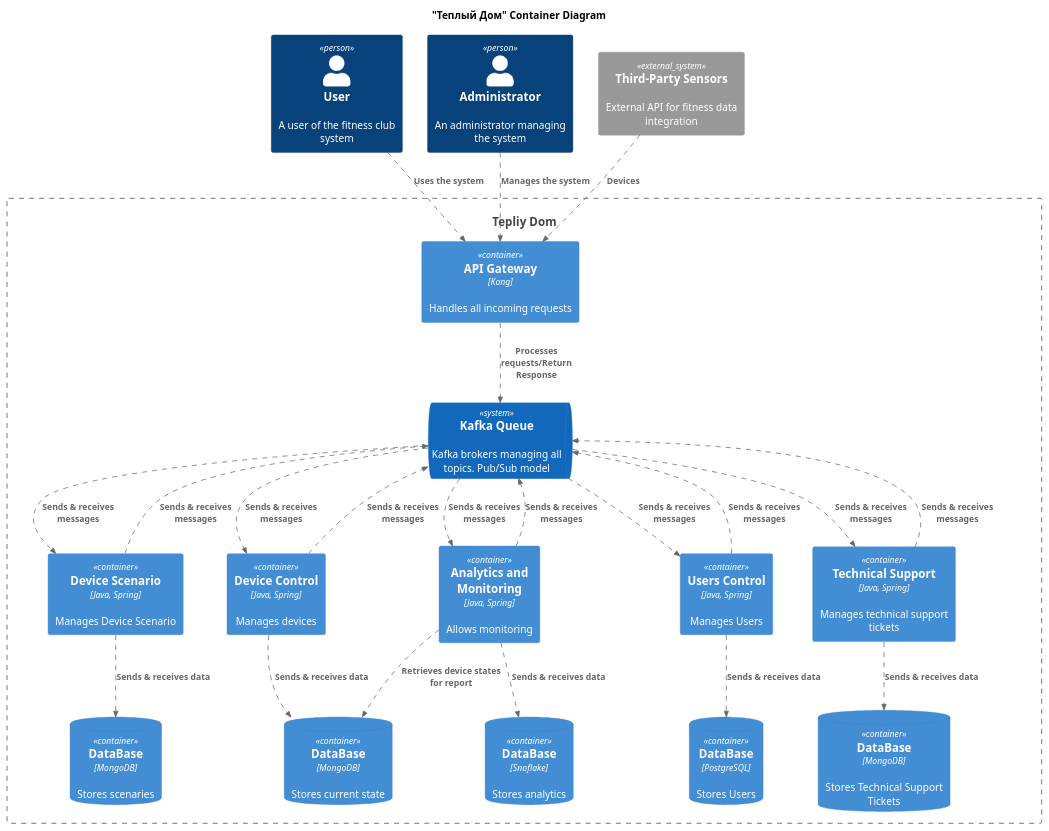
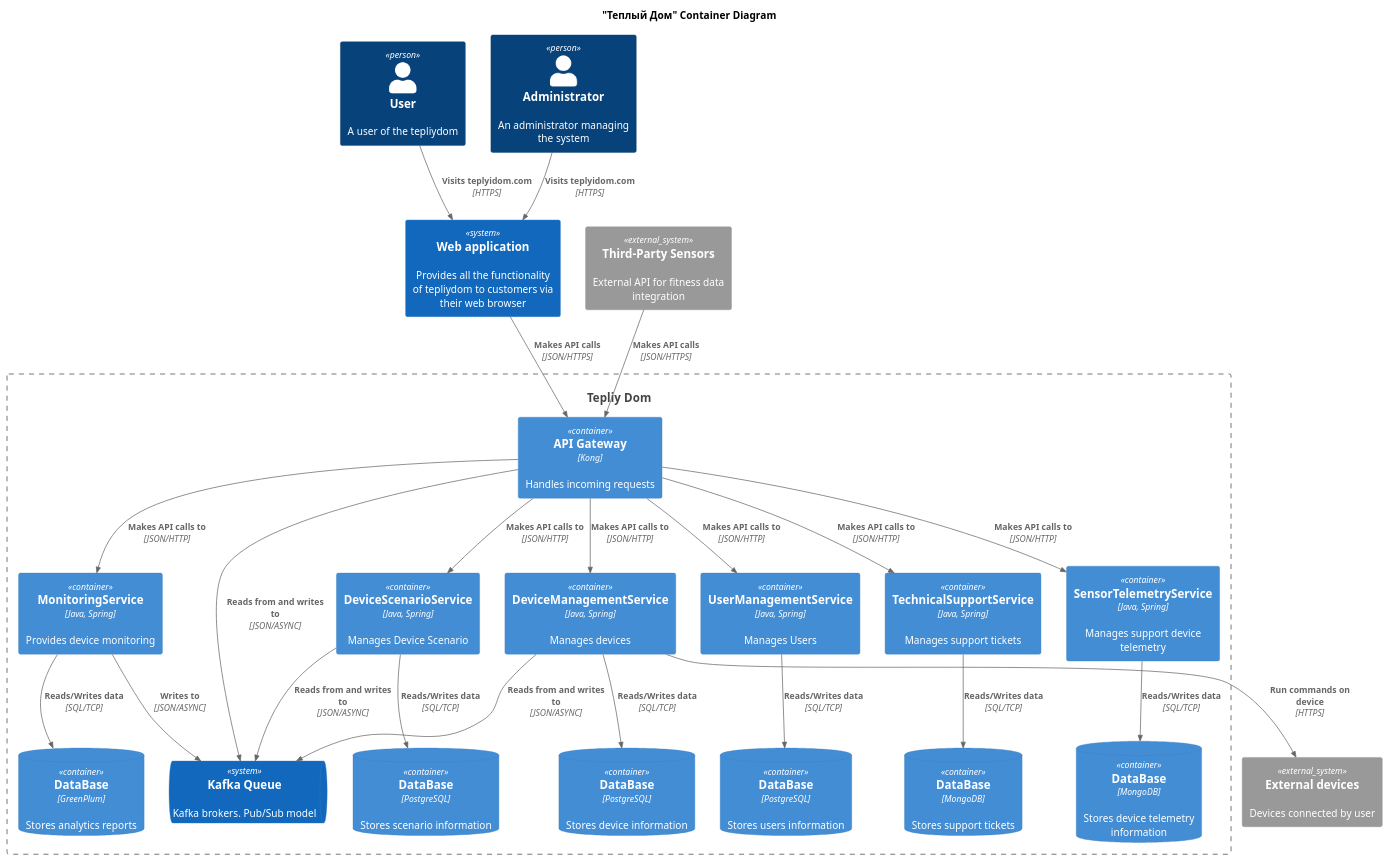
The diagram in C4_Container.puml (timurkartaev/architecture-sprint-3), drawn with PlantUML before and after one commit. The commit also changed 4 other files, not shown here.

```diff
--- a/C4_Container.puml
+++ b/C4_Container.puml
@@ -1,66 +1,64 @@
 @startuml
 title "Теплый Дом" Container Diagram
 
 top to bottom direction
 
 !includeurl https://raw.githubusercontent.com/RicardoNiepel/C4-PlantUML/master/C4_Component.puml
 
-AddRelTag("dashedLine", $lineStyle = DashedLine())
+Person(user, "User", "A user of the tepliydom")
+Person(admin, "Administrator", "An administrator managing the system")
 
-Person(user, "User", "A user of the fitness club system")
-Person(admin, "Administrator", "An administrator managing the system")
-System(TepliyDom, "Tepliy Dom", "")
+System(TepliyDom, "Tepliy Dom")
+System(webApp, "Web application", "Provides all the functionality of tepliydom to customers via  their web browser")
 
-Container_Boundary(TepliyDom, "FitLife System") {
-  Container(ApiGateway, "API Gateway", "Kong", "Handles all incoming requests")
-  SystemQueue(Queue, "Kafka Queue", "Kafka brokers managing all topics. Pub/Sub model")
+System_Ext(externalDevices, "External devices", "Devices connected by user")
+System_Ext(SmartDevices, "Third-Party Sensors", "External API for fitness data integration")
 
-  Container(DeviceManagement, "Device Control", "Java, Spring", "Manages devices")
-  Container(DeviceScenario, "Device Scenario", "Java, Spring", "Manages Device Scenario")
-  Container(Monitoring, "Analytics and Monitoring", "Java, Spring", "Allows monitoring")
-  Container(UsersManagement, "Users Control", "Java, Spring", "Manages Users")
-  Container(TechSupport, "Technical Support", "Java, Spring", "Manages technical support tickets")
+Container_Boundary(TepliyDom, "") {
+  Container(ApiGateway, "API Gateway", "Kong", "Handles incoming requests")
+  SystemQueue(Queue, "Kafka Queue", "Kafka brokers. Pub/Sub model")
 
-  ContainerDb(DeviceManagementDataBase, "DataBase", "MongoDB", "Stores current state")
-  ContainerDb(DeviceScenarioDataBase, "DataBase", "MongoDB", "Stores scenaries")
-  ContainerDb(MonitoringDataBase, "DataBase", "Snoflake", "Stores analytics")
-  ContainerDb(UsersManagementDataBase, "DataBase", "PostgreSQL", "Stores Users")
-  ContainerDb(TechSupportDataBase, "DataBase", "MongoDB", "Stores Technical Support Tickets")
+  Container(DeviceManagement, "DeviceManagementService", "Java, Spring", "Manages devices")
+  Container(DeviceScenario, "DeviceScenarioService", "Java, Spring", "Manages Device Scenario")
+  Container(Monitoring, "MonitoringService", "Java, Spring", "Provides device monitoring")
+  Container(UsersManagement, "UserManagementService", "Java, Spring", "Manages Users")
+  Container(TechSupport, "TechnicalSupportService", "Java, Spring", "Manages support tickets")
+  Container(SensorTelemetryService, "SensorTelemetryService", "Java, Spring", "Manages support device telemetry")
+
+  ContainerDb(DeviceManagementDataBase, "DataBase", "PostgreSQL", "Stores device information")
+  ContainerDb(DeviceScenarioDataBase, "DataBase", "PostgreSQL", "Stores scenario information")
+  ContainerDb(MonitoringDataBase, "DataBase", "GreenPlum", "Stores analytics reports")
+  ContainerDb(UsersManagementDataBase, "DataBase", "PostgreSQL", "Stores users information")
+  ContainerDb(TechSupportDataBase, "DataBase", "MongoDB", "Stores support tickets")
+  ContainerDb(SensorTelemetryServiceDatabase, "DataBase", "MongoDB", "Stores device telemetry information")
 }
 
-System_Ext(SmartDevices, "Third-Party Sensors", "External API for fitness data integration")
 
-Rel(user, ApiGateway, "Uses the system", $tags="dashedLine")
-Rel(admin, ApiGateway, "Manages the system", $tags="dashedLine")
-Rel(SmartDevices, ApiGateway, "Devices", $tags="dashedLine")
+Rel(user, webApp, "Visits teplyidom.com", "HTTPS")
+Rel(admin, webApp, "Visits teplyidom.com", "HTTPS")
+Rel(SmartDevices, ApiGateway, "Makes API calls", "JSON/HTTPS")
+Rel(webApp, ApiGateway, "Makes API calls", "JSON/HTTPS")
 
-Rel(ApiGateway, Queue, "Processes requests/Return Response", $tags="dashedLine")
+Rel(ApiGateway, Queue, "Reads from and writes to", "JSON/ASYNC")
+Rel(ApiGateway, DeviceManagement, "Makes API calls to", "JSON/HTTP")
+Rel(ApiGateway, DeviceScenario, "Makes API calls to", "JSON/HTTP")
+Rel(ApiGateway, UsersManagement, "Makes API calls to", "JSON/HTTP")
+Rel(ApiGateway, Monitoring, "Makes API calls to", "JSON/HTTP")
+Rel(ApiGateway, TechSupport, "Makes API calls to", "JSON/HTTP")
+Rel(ApiGateway, SensorTelemetryService, "Makes API calls to", "JSON/HTTP")
 
-Rel(Queue, DeviceManagement, "Sends & receives messages", $tags="dashedLine")
-Rel(DeviceManagement, Queue, "Sends & receives messages", $tags="dashedLine")
+Rel(DeviceManagement, Queue, "Reads from and writes to", "JSON/ASYNC")
+Rel(DeviceScenario, Queue, "Reads from and writes to", "JSON/ASYNC")
+Rel(Monitoring, Queue, "Writes to", "JSON/ASYNC")
 
-Rel(Queue, DeviceScenario, "Sends & receives messages", $tags="dashedLine")
-Rel(DeviceScenario, Queue, "Sends & receives messages", $tags="dashedLine")
+Rel(DeviceManagement, DeviceManagementDataBase, "Reads/Writes data", "SQL/TCP")
+Rel(DeviceScenario, DeviceScenarioDataBase, "Reads/Writes data", "SQL/TCP")
 
-Rel(Queue, Monitoring, "Sends & receives messages", $tags="dashedLine")
-Rel(Monitoring, Queue, "Sends & receives messages", $tags="dashedLine")
-Rel(Monitoring, DeviceManagementDataBase, "Retrieves device states for report", $tags="dashedLine")
+Rel(DeviceManagement, externalDevices, "Run commands on device", "HTTPS")
 
-Rel(Queue, UsersManagement, "Sends & receives messages", $tags="dashedLine")
-Rel(UsersManagement, Queue, "Sends & receives messages", $tags="dashedLine")
+Rel(UsersManagement, UsersManagementDataBase, "Reads/Writes data", "SQL/TCP")
+Rel(Monitoring, MonitoringDataBase, "Reads/Writes data", "SQL/TCP")
 
-Rel(Queue, TechSupport, "Sends & receives messages", $tags="dashedLine")
-Rel(TechSupport, Queue, "Sends & receives messages", $tags="dashedLine")
-
-
-Rel(DeviceManagement, DeviceManagementDataBase, "Sends & receives data", $tags="dashedLine")
-Rel(DeviceScenario, DeviceScenarioDataBase, "Sends & receives data", $tags="dashedLine")
-
-Rel(Monitoring, MonitoringDataBase, "Sends & receives data", $tags="dashedLine")
-
-Rel(UsersManagement, UsersManagementDataBase, "Sends & receives data", $tags="dashedLine")
-
-Rel(TechSupport, TechSupportDataBase, "Sends & receives data", $tags="dashedLine")
-
-
+Rel(TechSupport, TechSupportDataBase, "Reads/Writes data", "SQL/TCP")
+Rel(SensorTelemetryService, SensorTelemetryServiceDatabase, "Reads/Writes data", "SQL/TCP")
 @enduml
```
